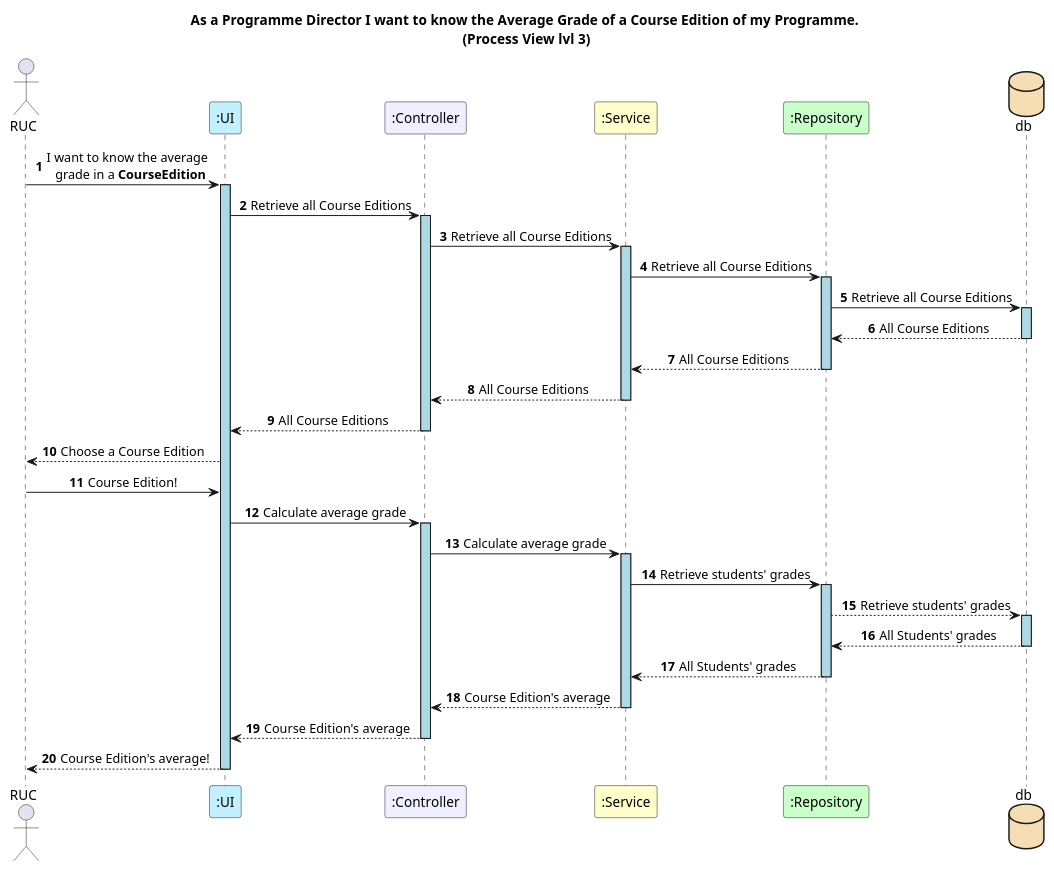
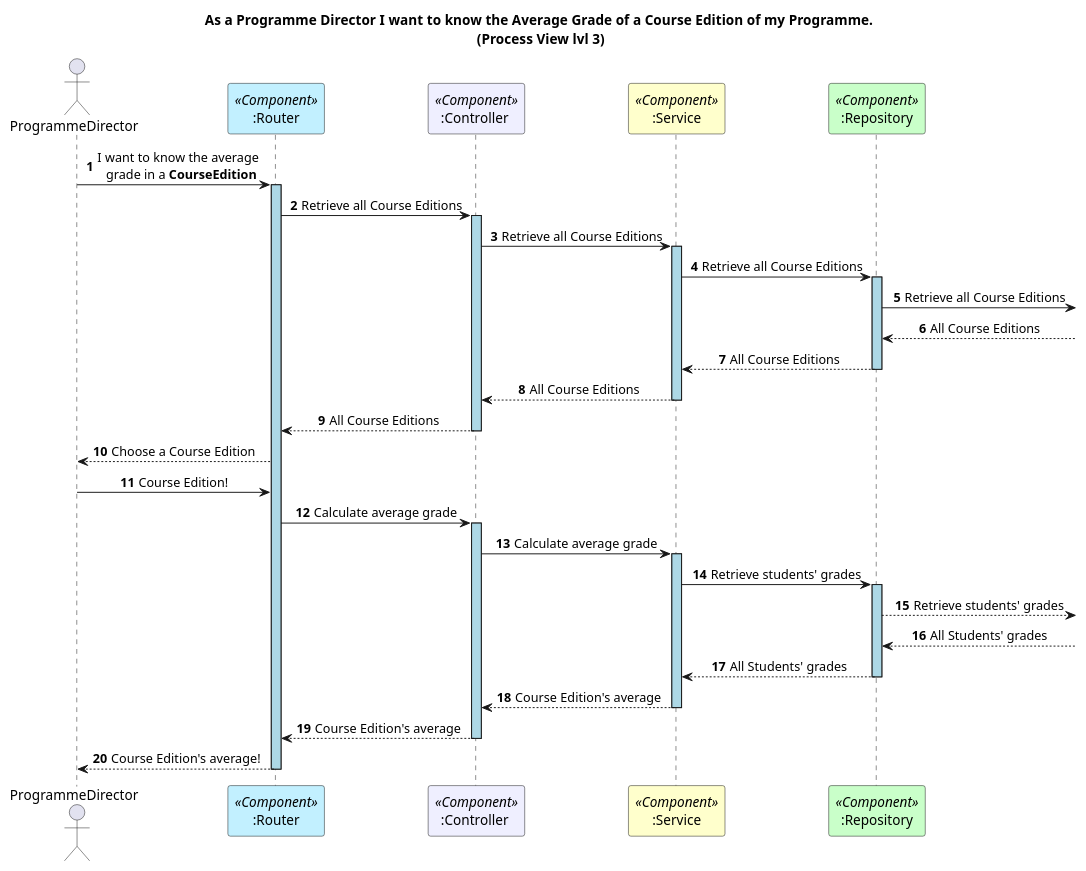
One commit to GasparISEP/DevOps-PAI changed the diagram in docs/US25/REST_API/ProcessView/Level3.puml. Above: the diagram before and after it, drawn with PlantUML.

Commit message:
Update to Level3 ProcessView Diagram. Refs #547, #579

```diff
--- a/docs/US25/REST_API/ProcessView/Level3.puml
+++ b/docs/US25/REST_API/ProcessView/Level3.puml
@@ -1,57 +1,54 @@
 @startuml
 
 autonumber
 skinparam sequenceMessageAlign center
 skinparam sequenceLifeLineBackgroundColor lightblue
 title As a Programme Director I want to know the Average Grade of a Course Edition of my Programme. \n(Process View lvl 3)
 skinparam sequencemessagealign center
 
-actor RUC
-participant ":UI" as UI #application
-participant ":Controller" as controller #motivation
-participant ":Service" as service #business
-participant ":Repository" as repo #technology
-database db #wheat
+actor ProgrammeDirector
+participant ":Router" as UI <<Component>> #application
+participant ":Controller " as controller <<Component>> #motivation
+participant ":Service" as service <<Component>> #business
+participant ":Repository" as repo <<Component>> #technology
 
-RUC -> UI : I want to know the average \n grade in a **CourseEdition**
+ProgrammeDirector -> UI : I want to know the average \n grade in a **CourseEdition**
 activate UI
 UI -> controller : Retrieve all Course Editions
 activate controller
 controller -> service : Retrieve all Course Editions
 activate service
 service -> repo : Retrieve all Course Editions
 activate repo
-repo -> db : Retrieve all Course Editions
-activate db
-db --> repo : All Course Editions
-deactivate db
+repo ->  : Retrieve all Course Editions
+repo <--  : All Course Editions
 repo --> service : All Course Editions
 deactivate repo
 service --> controller : All Course Editions
 deactivate service
 controller --> UI : All Course Editions
 deactivate controller
 
 
-UI --> RUC : Choose a Course Edition
-RUC -> UI : Course Edition!
+UI --> ProgrammeDirector : Choose a Course Edition
+ProgrammeDirector -> UI : Course Edition!
 
 
 UI -> controller ++: Calculate average grade
 
 controller -> service ++: Calculate average grade
 
 service -> repo ++: Retrieve students' grades
-repo --> db ++: Retrieve students' grades
-db --> repo --: All Students' grades
+repo -->  : Retrieve students' grades
+repo <-- : All Students' grades
 repo --> service --: All Students' grades
 
 
 service --> controller --: Course Edition's average
 
 controller --> UI --: Course Edition's average
 
-UI --> RUC : Course Edition's average!
+UI --> ProgrammeDirector : Course Edition's average!
 deactivate UI
 
 @enduml
```
